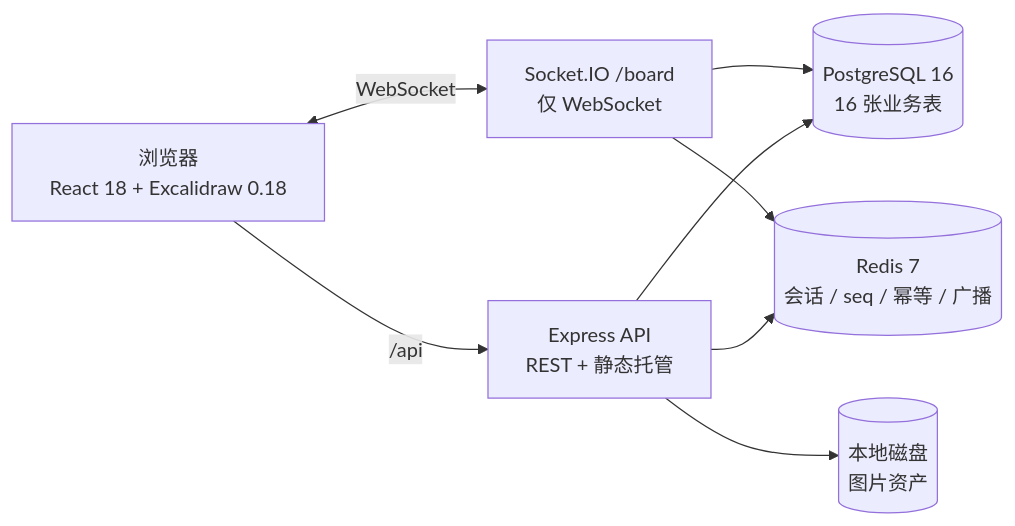
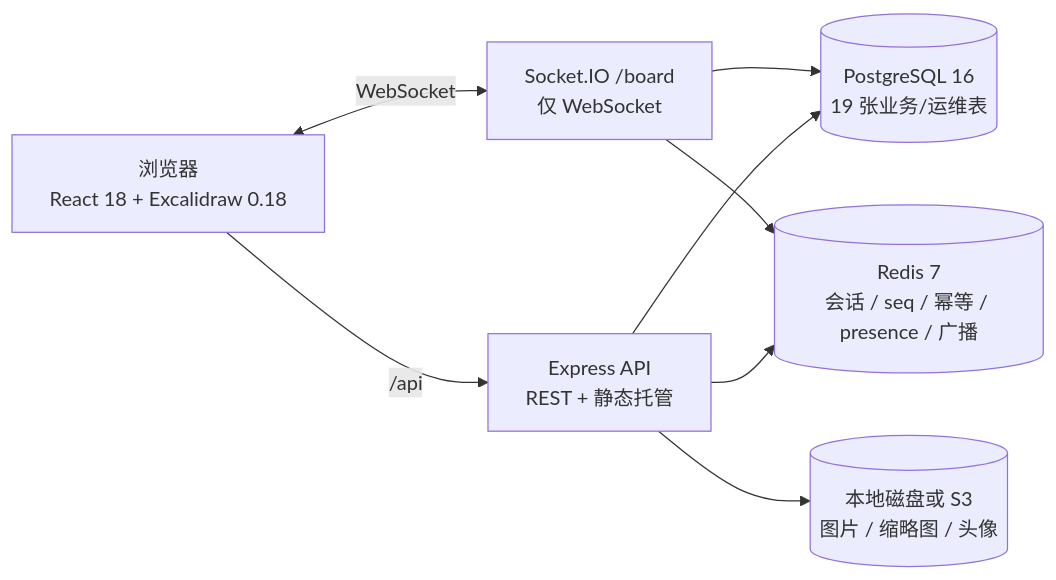
Before and after one commit to cherryi6081/Sakura-Whiteboard: the diagram in docs/实时协作白板_开发文档.md, drawn with Mermaid. The commit also changed other lines of this file, not shown here.

````diff
--- a/docs/实时协作白板_开发文档.md
+++ b/docs/实时协作白板_开发文档.md
@@ -162,16 +148,16 @@
 ```mermaid
 flowchart LR
   B["浏览器<br/>React 18 + Excalidraw 0.18"]
   A["Express API<br/>REST + 静态托管"]
   S["Socket.IO /board<br/>仅 WebSocket"]
-  P[("PostgreSQL 16<br/>16 张业务表")]
-  R[("Redis 7<br/>会话 / seq / 幂等 / 广播")]
-  D[("本地磁盘<br/>图片资产")]
+  P[("PostgreSQL 16<br/>19 张业务/运维表")]
+  R[("Redis 7<br/>会话 / seq / 幂等 / presence / 广播")]
+  D[("本地磁盘或 S3<br/>图片 / 缩略图 / 头像")]
   B -->|"/api"| A
   B <-->|"WebSocket"| S
   S --> P
   S --> R
   A --> P
   A --> R
   A --> D
 ```
````
